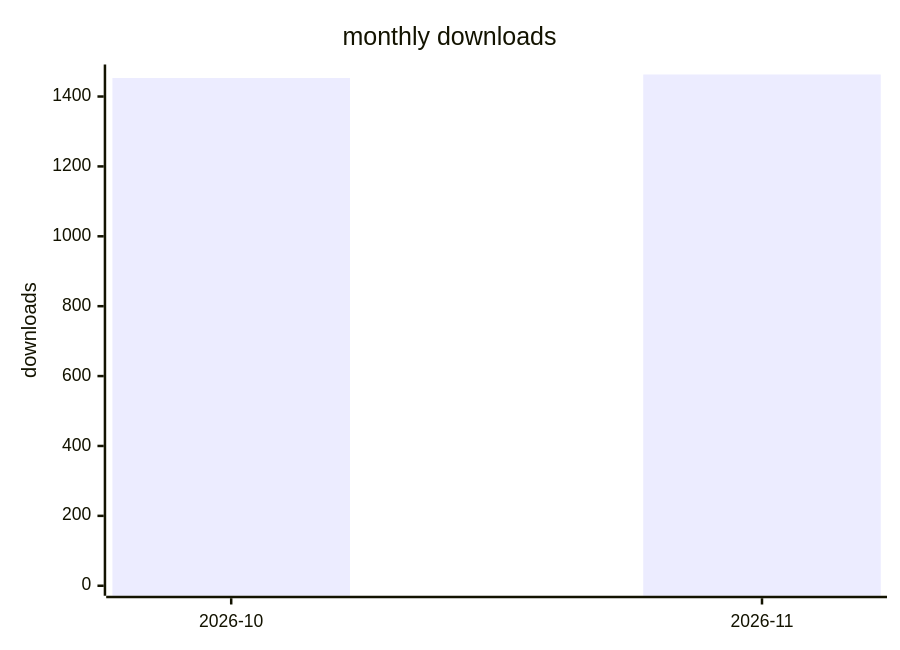
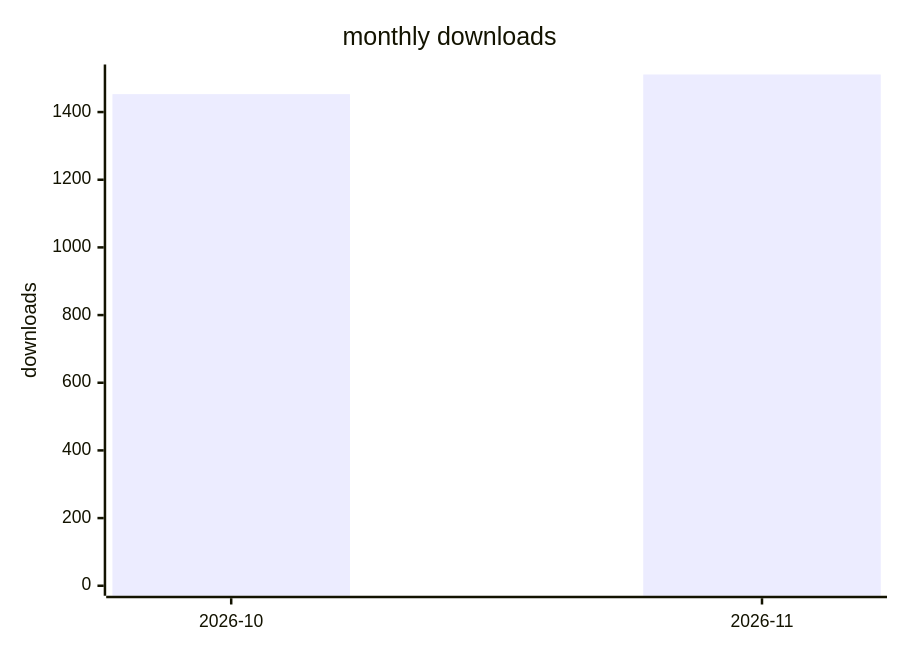
Before and after one commit to terry2010/dsh-loop-recover: the second of 2 diagrams in docs/downloads-2026.md, drawn with Mermaid. The commit also changed other lines of this file and 1 other file, not shown here.

````diff
--- a/docs/downloads-2026.md
+++ b/docs/downloads-2026.md
@@ -29,7 +29,7 @@
 ```mermaid
 xychart-beta
     title "monthly downloads"
     x-axis ["2026-10", "2026-11"]
-    y-axis "downloads" 0 --> 1463
-    bar [1453, 1463]
+    y-axis "downloads" 0 --> 1511
+    bar [1453, 1511]
 ```
````
